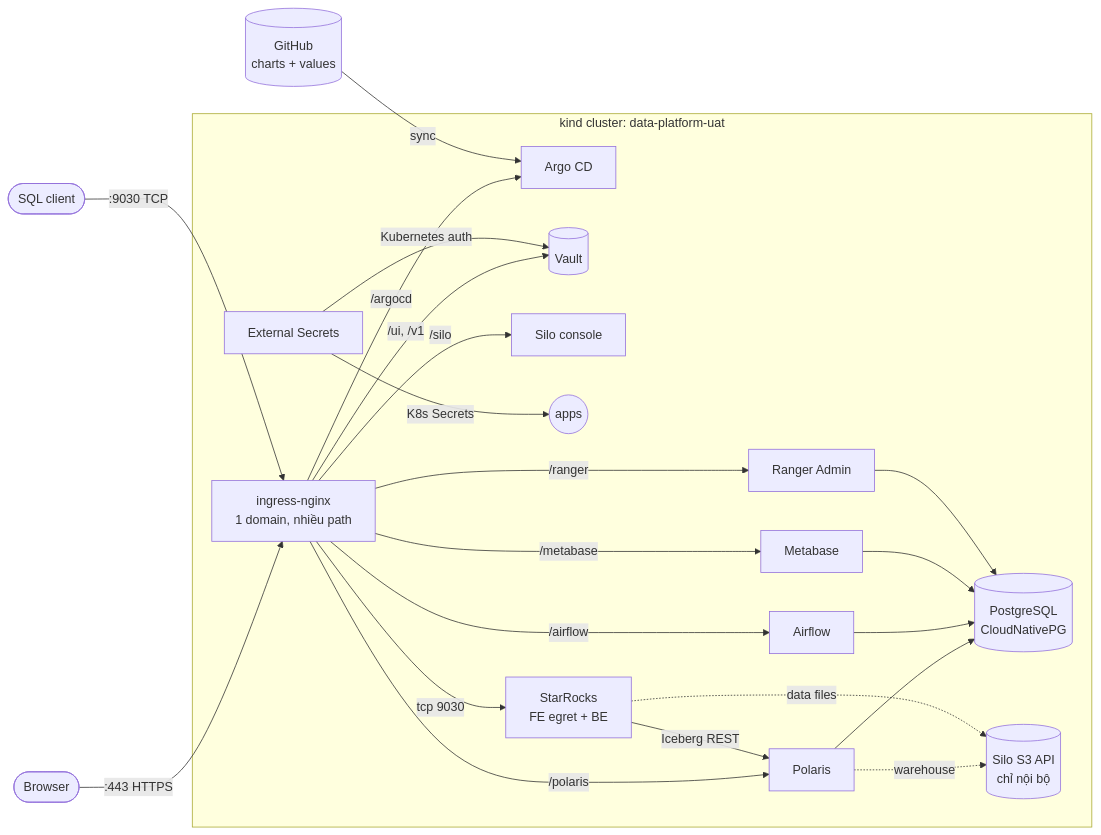
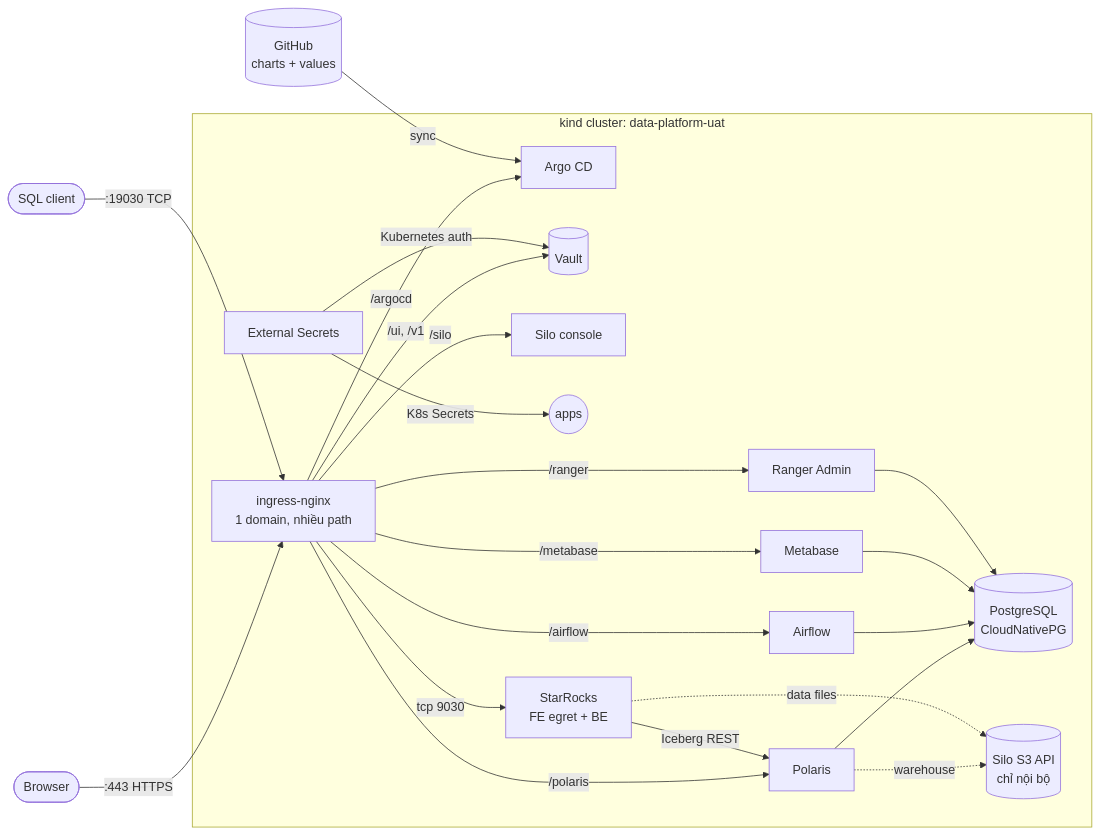
Before and after one commit to viethqb/data-platform-k8s-demo: the diagram in README.md, drawn with Mermaid. The commit also changed other lines of this file and 8 other files, not shown here.

````diff
--- a/README.md
+++ b/README.md
@@ -18,30 +18,30 @@
 ```mermaid
 flowchart LR
   browser([Browser]) -->|":443 HTTPS"| nginx[ingress-nginx<br/>1 domain, nhiều path]
-  sqlclient([SQL client]) -->|":9030 TCP"| nginx
+  sqlclient([SQL client]) -->|":19030 TCP"| nginx
 
   subgraph kind["kind cluster: data-platform-uat"]
     nginx -->|/argocd| argocd[Argo CD]
     nginx -->|"/ui, /v1"| vault[(Vault)]
     nginx -->|/airflow| airflow[Airflow]
     nginx -->|/metabase| metabase[Metabase]
     nginx -->|/polaris| polaris[Polaris]
     nginx -->|/silo| siloc[Silo console]
     nginx -->|/ranger| ranger[Ranger Admin]
 
     eso[External Secrets] -->|Kubernetes auth| vault
     eso -->|K8s Secrets| apps((apps))
     pg[(PostgreSQL<br/>CloudNativePG)]
     silo[(Silo S3 API<br/>chỉ nội bộ)]
     polaris --> pg
     airflow --> pg
     metabase --> pg
     ranger --> pg
     polaris -. warehouse .-> silo
     nginx -->|tcp 9030| starrocks[StarRocks<br/>FE egret + BE]
     starrocks -->|Iceberg REST| polaris
     starrocks -. data files .-> silo
   end
 
   git[(GitHub<br/>charts + values)] -->|sync| argocd
 ```
````
